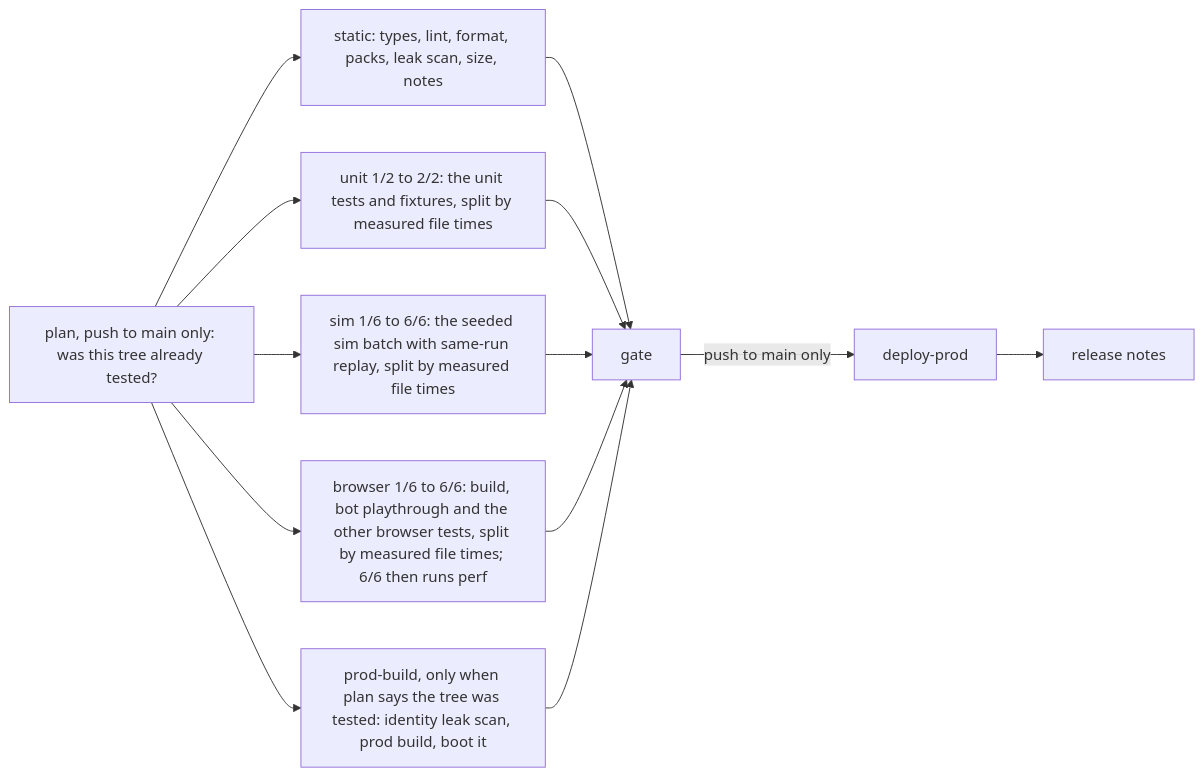
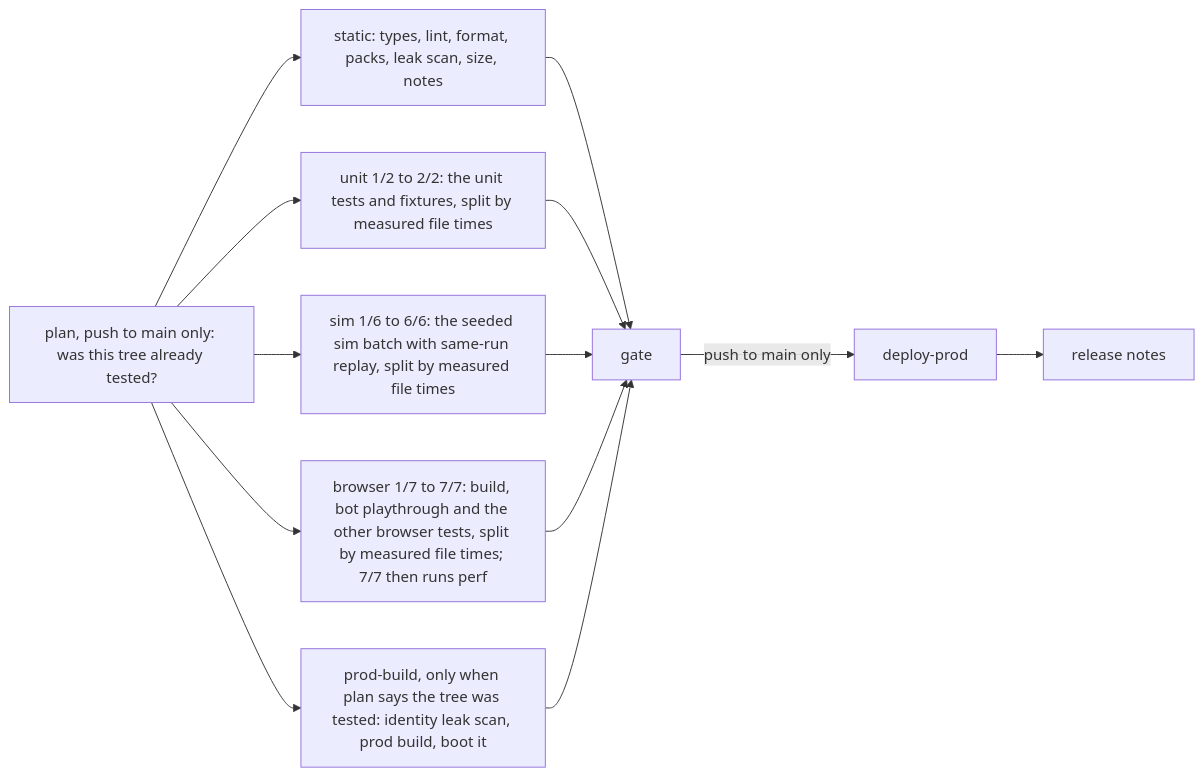
One commit to joshuasundance-swca/throttlebrawl changed the diagram in docs/engineering.md. Above: the diagram before and after it, drawn with Mermaid. The commit also changed other lines of this file and 3 other files, not shown here.

First line of the commit message:
ci: browser in seven slices; timings refreshed from seven of today's runs

````diff
--- a/docs/engineering.md
+++ b/docs/engineering.md
@@ -271,11 +271,11 @@
 ```mermaid
 flowchart LR
   A[static: types, lint, format, packs, leak scan, size, notes] --> G[gate]
   U[unit 1/2 to 2/2: the unit tests and fixtures, split by measured file times] --> G
   P[plan, push to main only: was this tree already tested?] --> A & U & S & C & B
   S[sim 1/6 to 6/6: the seeded sim batch with same-run replay, split by measured file times] --> G
-  C[browser 1/6 to 6/6: build, bot playthrough and the other browser tests, split by measured file times; 6/6 then runs perf] --> G
+  C[browser 1/7 to 7/7: build, bot playthrough and the other browser tests, split by measured file times; 7/7 then runs perf] --> G
   B[prod-build, only when plan says the tree was tested: identity leak scan, prod build, boot it] --> G
   G -->|push to main only| D[deploy-prod]
   D --> R[release notes]
 ```
````
